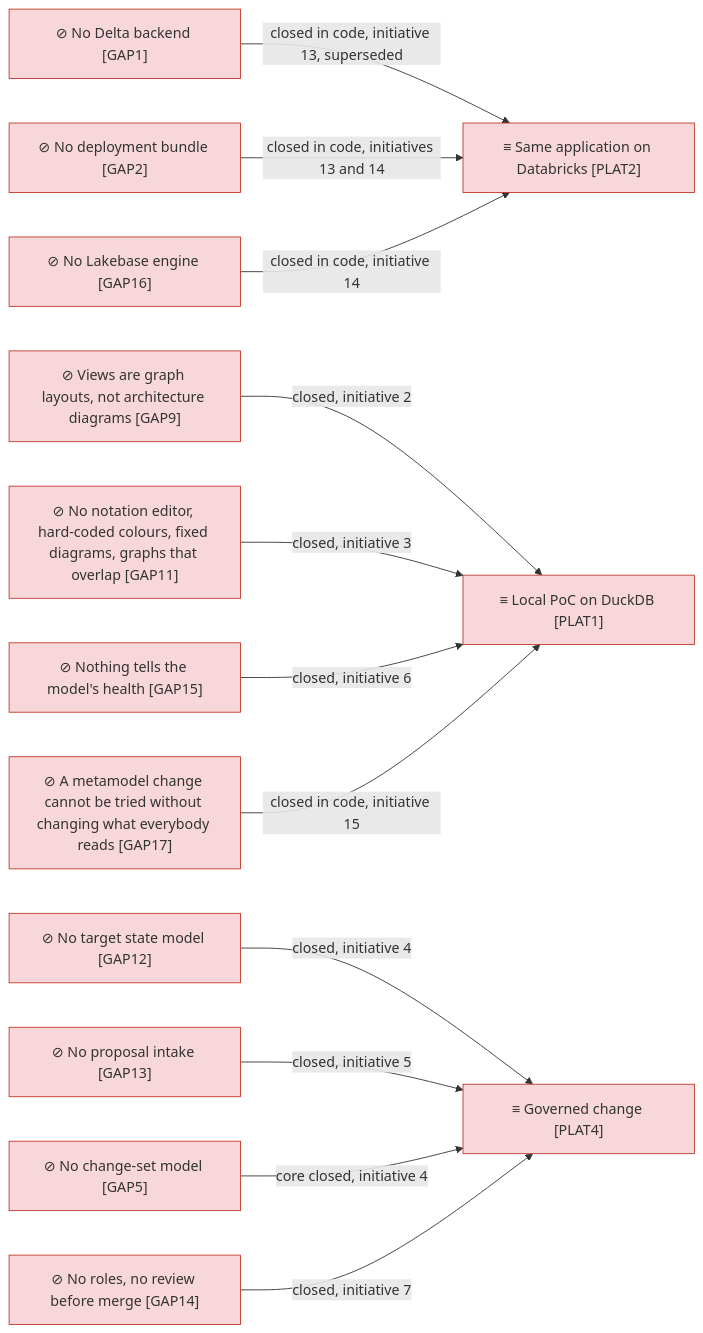
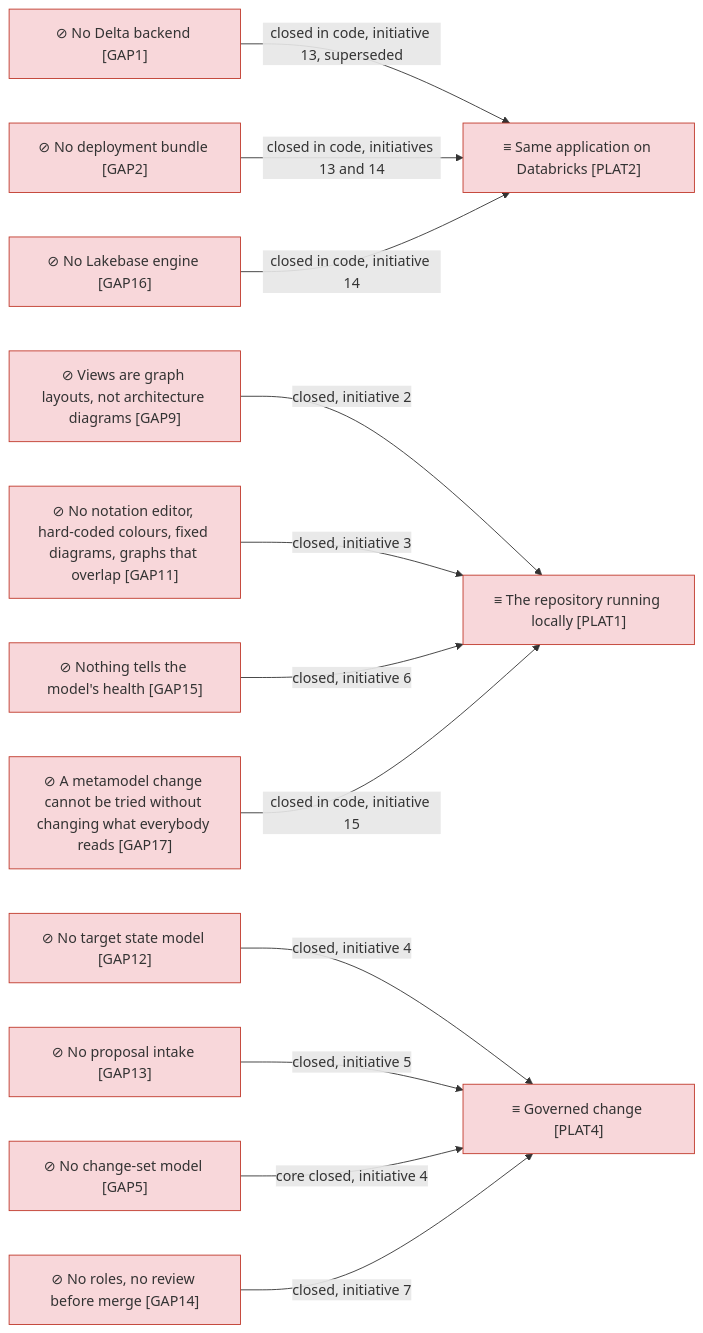
Before and after one commit to roanboc/dbx-enterprise-architecture: the fourth of 4 diagrams in architecture/6_transition/1_target-state.md, drawn with Mermaid. The commit also changed other lines of this file and 13 other files, not shown here.

````diff
--- a/architecture/6_transition/1_target-state.md
+++ b/architecture/6_transition/1_target-state.md
@@ -109,30 +114,30 @@
 ```mermaid
 flowchart LR
-  p1["≡ Local PoC on DuckDB [PLAT1]"]:::implementation
+  p1["≡ The repository running locally [PLAT1]"]:::implementation
   p2["≡ Same application on Databricks [PLAT2]"]:::implementation
   p4["≡ Governed change [PLAT4]"]:::implementation
   g1["⊘ No Delta backend [GAP1]"]:::implementation
   g2["⊘ No deployment bundle [GAP2]"]:::implementation
   g16["⊘ No Lakebase engine [GAP16]"]:::implementation
   g9["⊘ Views are graph layouts, not architecture diagrams [GAP9]"]:::implementation
   g11["⊘ No notation editor, hard-coded colours, fixed diagrams, graphs that overlap [GAP11]"]:::implementation
   g5["⊘ No change-set model [GAP5]"]:::implementation
   g12["⊘ No target state model [GAP12]"]:::implementation
   g13["⊘ No proposal intake [GAP13]"]:::implementation
   g14["⊘ No roles, no review before merge [GAP14]"]:::implementation
   g15["⊘ Nothing tells the model's health [GAP15]"]:::implementation
   g17["⊘ A metamodel change cannot be tried without changing what everybody reads [GAP17]"]:::implementation
   g9 -->|closed, initiative 2| p1
   g11 -->|closed, initiative 3| p1
   g12 -->|closed, initiative 4| p4
   g13 -->|closed, initiative 5| p4
   g5 -->|core closed, initiative 4| p4
   g14 -->|closed, initiative 7| p4
   g15 -->|closed, initiative 6| p1
   g1 -->|closed in code, initiative 13, superseded| p2
   g2 -->|closed in code, initiatives 13 and 14| p2
   g16 -->|closed in code, initiative 14| p2
   g17 -->|closed in code, initiative 15| p1
 
   classDef implementation fill:#f8d7da,stroke:#c0392b,color:#333
 ```
````
